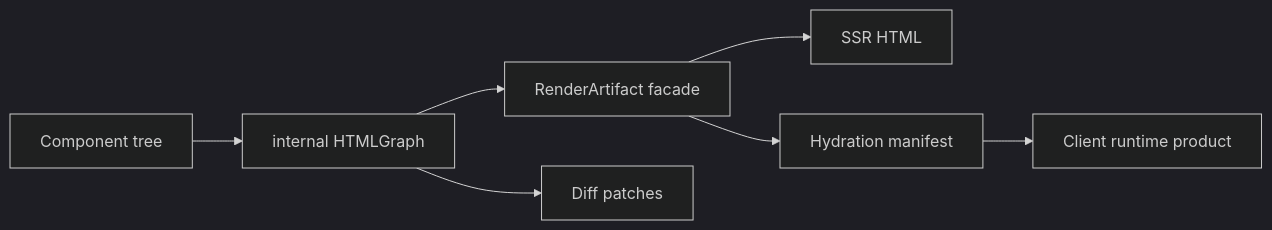
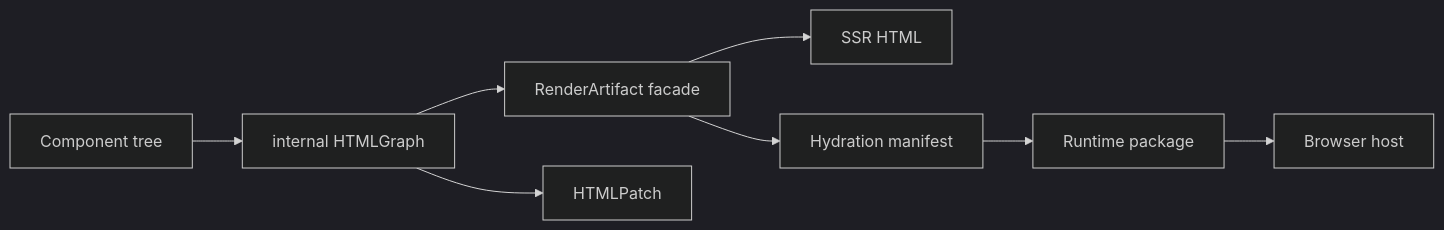
One commit to 1amageek/swift-html changed the diagram in README.md. Above: the diagram before and after it, drawn with Mermaid (dark theme). The commit also changed other lines of this file, not shown here.

````diff
--- a/README.md
+++ b/README.md
@@ -77,9 +7,10 @@
 ```mermaid
 flowchart LR
   Tree["Component tree"] --> Graph["internal HTMLGraph"]
   Graph --> Artifact["RenderArtifact facade"]
-  Graph --> Patches["Diff patches"]
+  Graph --> Patch["HTMLPatch"]
   Artifact --> HTML["SSR HTML"]
   Artifact --> Hydration["Hydration manifest"]
-  Hydration --> Runtime["Client runtime product"]
+  Hydration --> Runtime["Runtime package"]
+  Runtime --> Host["Browser host"]
 ```
````
